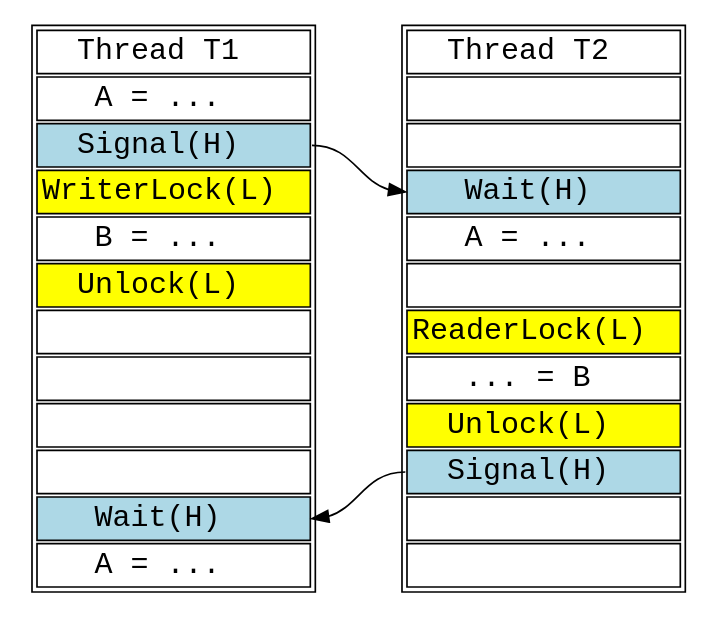
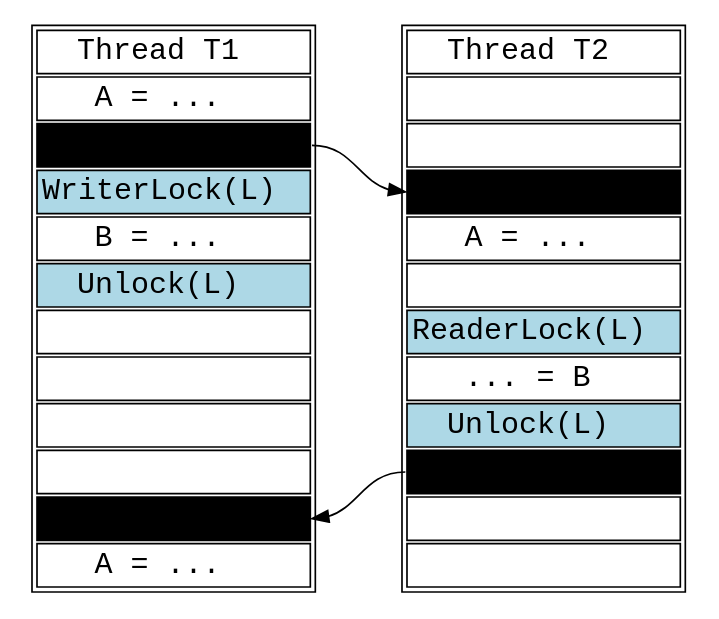
One commit to spurious/ThreadSanitizer-mirror changed the diagram in msm/exa1.dot. Above: the diagram before and after it, drawn with Graphviz. The commit also changed 13 other files, not shown here.

```diff
--- a/msm/exa1.dot
+++ b/msm/exa1.dot
@@ -1,39 +1,39 @@
 digraph exa1 {
   rankdir="LR"
   node [shape=plaintext style="bold" fontname="Courier" rankdir="LR" labeljust="r" fontsize=18];
    T1  [label=<<TABLE BGCOLOR="white">  
       <tr>  <td port="0"> Thread T1 </td> </tr> 
       <tr>  <td> A = ... </td> </tr> 
-      <tr>  <td bgcolor="lightblue" port="signal"> Signal(H) </td> </tr> 
-      <tr>  <td bgcolor="yellow"> WriterLock(L) </td> </tr> 
+      <tr>  <td bgcolor="yallow" port="signal"> Signal(H) </td> </tr> 
+      <tr>  <td bgcolor="lightblue"> WriterLock(L) </td> </tr> 
       <tr>  <td> B = ... </td> </tr> 
-      <tr>  <td bgcolor="yellow"> Unlock(L) </td> </tr> 
+      <tr>  <td bgcolor="lightblue"> Unlock(L) </td> </tr> 
       <tr>  <td>   </td> </tr> 
       <tr>  <td>   </td> </tr> 
       <tr>  <td>   </td> </tr> 
       <tr>  <td>   </td> </tr> 
-      <tr>  <td bgcolor="lightblue" port="wait"> Wait(H) </td> </tr> 
+      <tr>  <td bgcolor="yallow" port="wait"> Wait(H) </td> </tr> 
       <tr>  <td> A = ... </td> </tr> 
       </TABLE>>
     ]
 
    T2 [label=<<TABLE BGCOLOR="white">  
       <tr>  <td port="0"> Thread T2 </td> </tr> 
       <tr>  <td>   </td> </tr> 
       <tr>  <td>   </td> </tr> 
-      <tr>  <td bgcolor="lightblue" port="wait"> Wait(H) </td> </tr> 
+      <tr>  <td bgcolor="yallow" port="wait"> Wait(H) </td> </tr> 
       <tr>  <td> A = ... </td> </tr> 
       <tr>  <td>   </td> </tr> 
-      <tr>  <td bgcolor="yellow"> ReaderLock(L) </td> </tr> 
+      <tr>  <td bgcolor="lightblue"> ReaderLock(L) </td> </tr> 
       <tr>  <td> ... = B </td> </tr> 
-      <tr>  <td bgcolor="yellow"> Unlock(L) </td> </tr> 
-      <tr>  <td bgcolor="lightblue" port="signal"> Signal(H) </td> </tr> 
+      <tr>  <td bgcolor="lightblue"> Unlock(L) </td> </tr> 
+      <tr>  <td bgcolor="yallow" port="signal"> Signal(H) </td> </tr> 
       <tr>  <td>  </td> </tr> 
       <tr>  <td>  </td> </tr> 
       </TABLE>>
     ]
 
     T1:0 -> T2:0 [color="white" style="invis"];
     T1:signal -> T2:wait;
     T2:signal -> T1:wait;
 }
```
